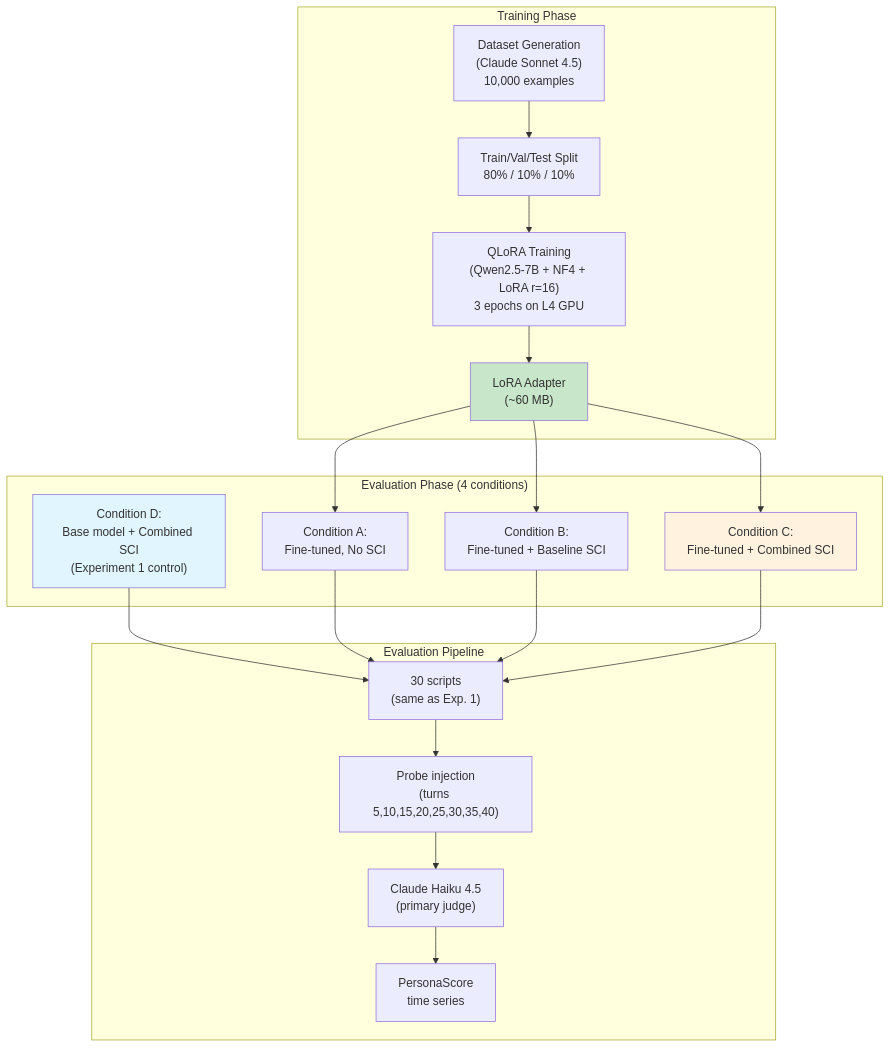
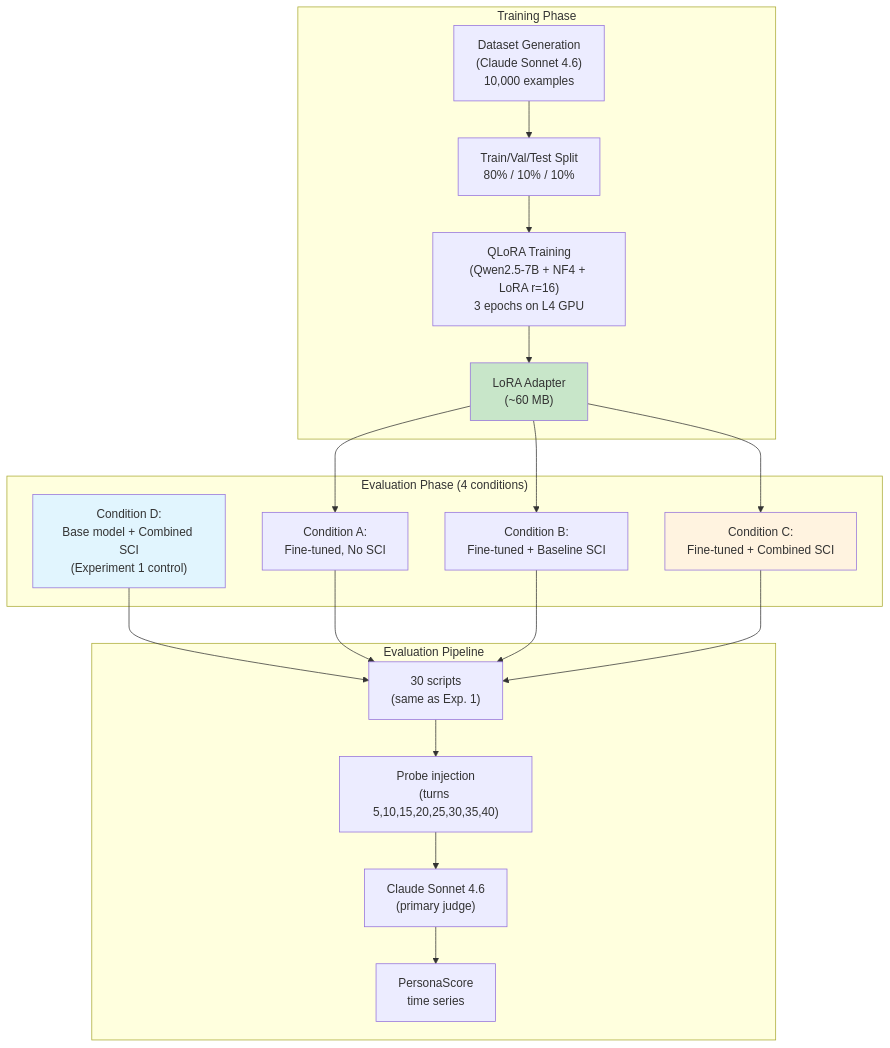
The diagram in CHA_Experiment_2/CHA_Experiment2_Plan.md (JustForCodin/Centaurian_Architecture_Implementation), drawn with Mermaid before and after one commit. The commit also changed other lines of this file, not shown here.

````diff
--- a/CHA_Experiment_2/CHA_Experiment2_Plan.md
+++ b/CHA_Experiment_2/CHA_Experiment2_Plan.md
@@ -75,29 +76,29 @@
 ```mermaid
 graph TD
     subgraph "Training Phase"
-        GEN["Dataset Generation<br/>(Claude Sonnet 4.5)<br/>10,000 examples"]
+        GEN["Dataset Generation<br/>(Claude Sonnet 4.6)<br/>10,000 examples"]
         SPLIT["Train/Val/Test Split<br/>80% / 10% / 10%"]
         QLORA["QLoRA Training<br/>(Qwen2.5-7B + NF4 + LoRA r=16)<br/>3 epochs on L4 GPU"]
         ADAPTER["LoRA Adapter<br/>(~60 MB)"]
         GEN --> SPLIT --> QLORA --> ADAPTER
     end
     subgraph "Evaluation Phase (4 conditions)"
         A["Condition A:<br/>Fine-tuned, No SCI"]
         B["Condition B:<br/>Fine-tuned + Baseline SCI"]
         C["Condition C:<br/>Fine-tuned + Combined SCI"]
         D["Condition D:<br/>Base model + Combined SCI<br/>(Experiment 1 control)"]
     end
     subgraph "Evaluation Pipeline"
         SCRIPTS["30 scripts<br/>(same as Exp. 1)"]
         PROBES["Probe injection<br/>(turns 5,10,15,20,25,30,35,40)"]
-        JUDGE["Claude Haiku 4.5<br/>(primary judge)"]
+        JUDGE["Claude Sonnet 4.6<br/>(primary judge)"]
         RESULTS["PersonaScore<br/>time series"]
         SCRIPTS --> PROBES --> JUDGE --> RESULTS
     end
     ADAPTER --> A & B & C
     D --> SCRIPTS
     A & B & C --> SCRIPTS
     style ADAPTER fill:#c8e6c9
     style C fill:#fff3e0
     style D fill:#e1f5fe
 ```
````
